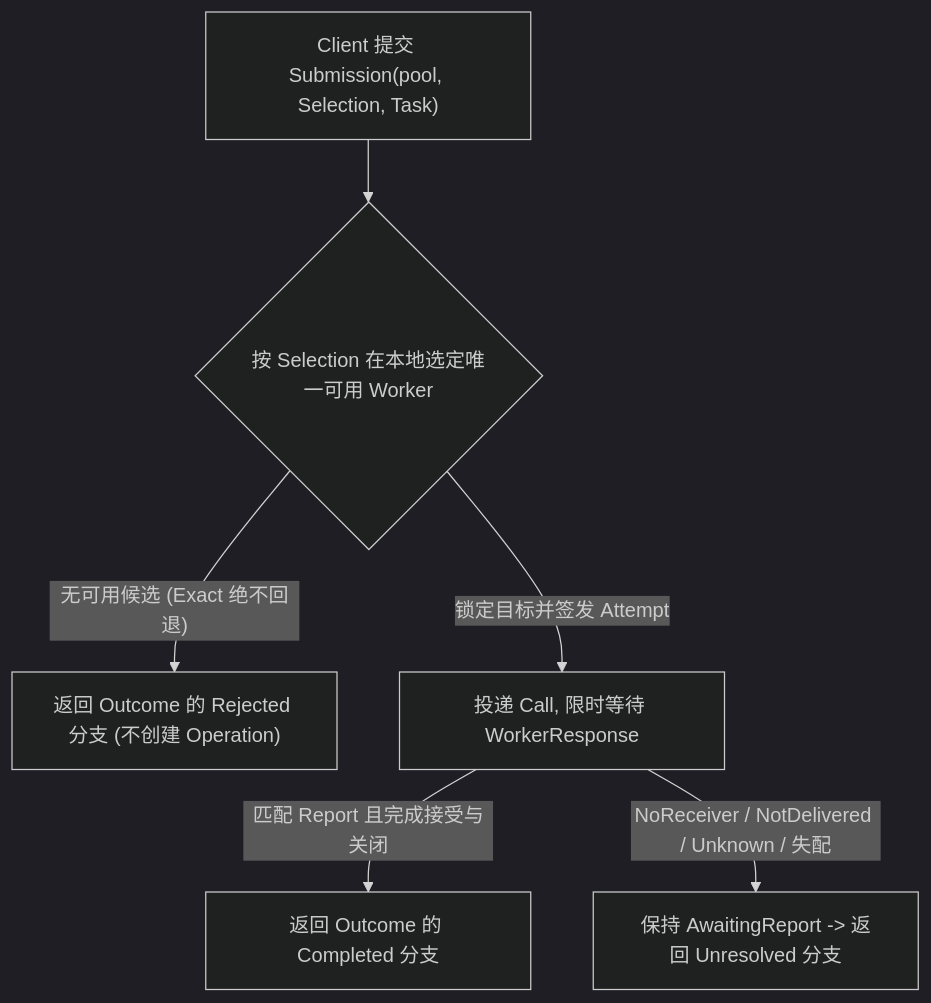
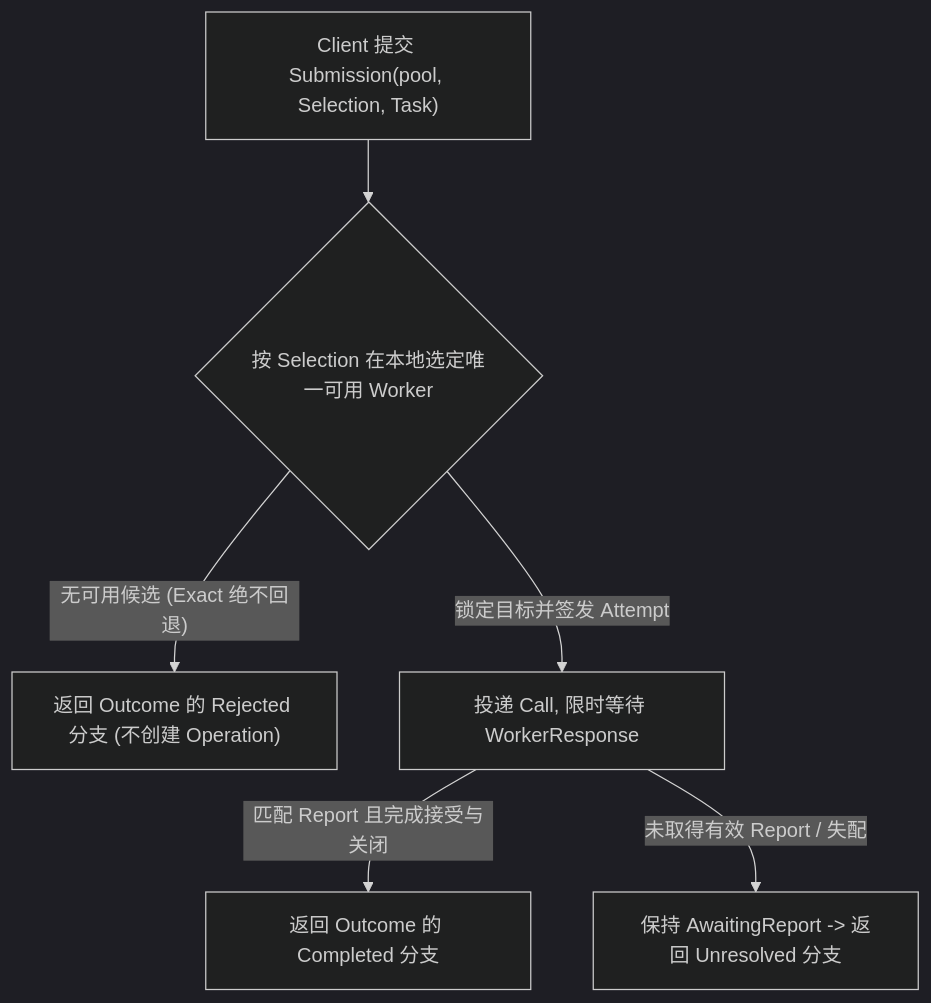
The first of 2 diagrams in spec/04-routing.md (Everfold/Beamlet), drawn with Mermaid (dark theme) before and after one commit. The commit also changed other lines of this file and 6 other files, not shown here.

Commit message:
docs(spec): collapse delivery errors into binary report-or-awaiting semantics

````diff
--- a/spec/04-routing.md
+++ b/spec/04-routing.md
@@ -23,8 +23,8 @@
 ```mermaid
 flowchart TD
     Cmd["Client 提交 Submission(pool, Selection, Task)"] --> Pick{"按 Selection 在本地选定唯一可用 Worker"}
     Pick -->|"无可用候选 (Exact 绝不回退)"| OutRej["返回 Outcome 的 Rejected 分支 (不创建 Operation)"]
     Pick -->|"锁定目标并签发 Attempt"| Call["投递 Call, 限时等待 WorkerResponse"]
     Call -->|"匹配 Report 且完成接受与关闭"| OutOk["返回 Outcome 的 Completed 分支"]
-    Call -->|"NoReceiver / NotDelivered / Unknown / 失配"| OutUnres["保持 AwaitingReport -> 返回 Unresolved 分支"]
+    Call -->|"未取得有效 Report / 失配"| OutUnres["保持 AwaitingReport -> 返回 Unresolved 分支"]
 ```
````
